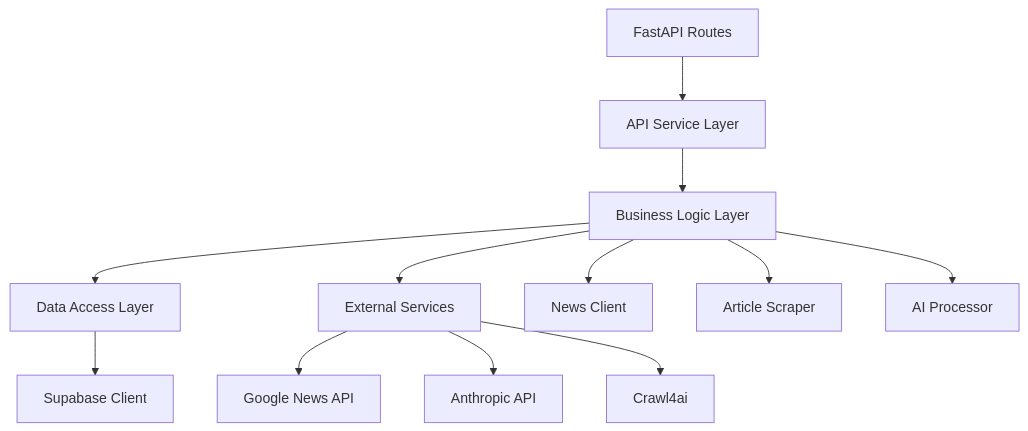
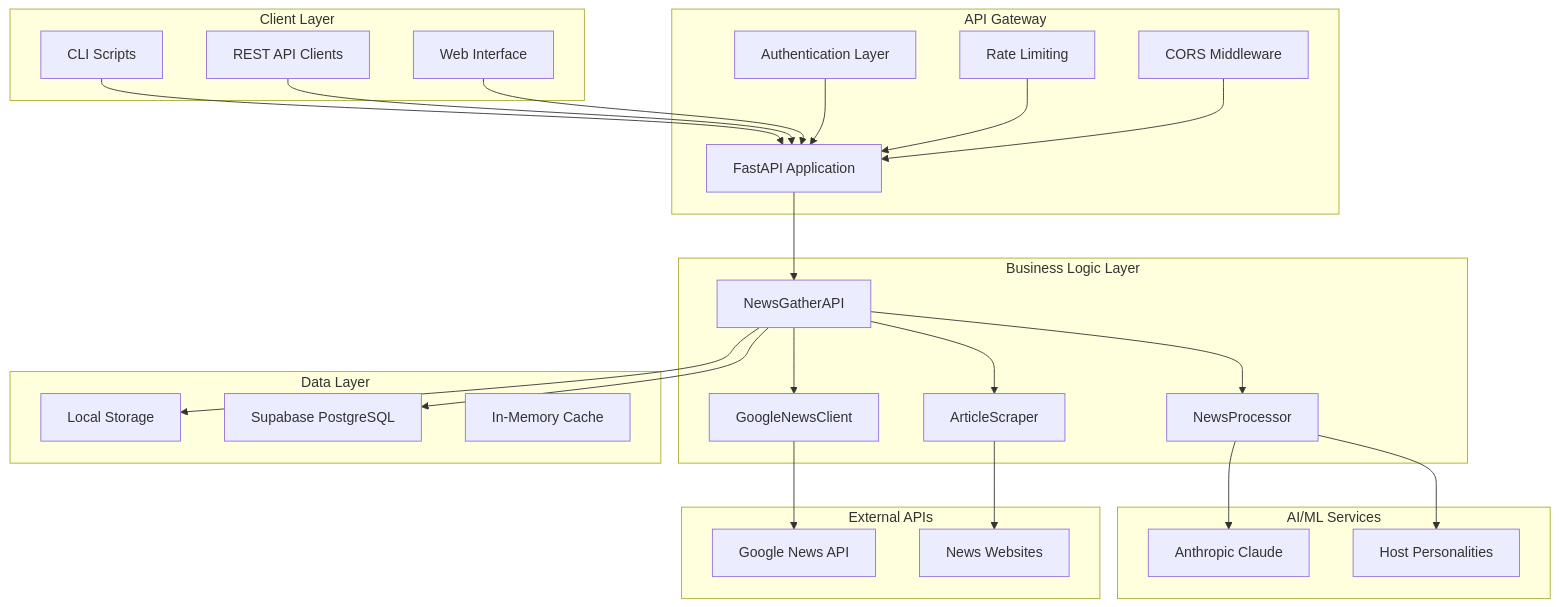
The first of 3 diagrams in _project/repo-review/reports/overview/analysis-report.md (TuckerTucker/tkr-news-gather), drawn with Mermaid before and after one commit. The commit also changed other lines of this file and 16 other files, not shown here.

````diff
--- a/_project/repo-review/reports/overview/analysis-report.md
+++ b/_project/repo-review/reports/overview/analysis-report.md
@@ -51,16 +33,60 @@
 ```mermaid
-graph TD
-    A[FastAPI Routes] --> B[API Service Layer]
-    B --> C[Business Logic Layer]
-    C --> D[Data Access Layer]
-    C --> E[External Services]
+graph TB
+    subgraph "Client Layer"
+        CLI[CLI Scripts]
+        API_CLIENT[REST API Clients]
+        WEB[Web Interface]
+    end
     
-    C --> F[News Client]
-    C --> G[Article Scraper]
-    C --> H[AI Processor]
+    subgraph "API Gateway"
+        FASTAPI[FastAPI Application]
+        CORS[CORS Middleware]
+        AUTH[Authentication Layer]
+        RATE[Rate Limiting]
+    end
     
-    D --> I[Supabase Client]
-    E --> J[Google News API]
-    E --> K[Anthropic API]
-    E --> L[Crawl4ai]
+    subgraph "Business Logic Layer"
+        NEWS_API[NewsGatherAPI]
+        NEWS_CLIENT[GoogleNewsClient]
+        SCRAPER[ArticleScraper]
+        PROCESSOR[NewsProcessor]
+    end
+    
+    subgraph "AI/ML Services"
+        ANTHROPIC[Anthropic Claude]
+        HOSTS[Host Personalities]
+    end
+    
+    subgraph "Data Layer"
+        LOCAL[Local Storage]
+        SUPABASE[Supabase PostgreSQL]
+        CACHE[In-Memory Cache]
+    end
+    
+    subgraph "External APIs"
+        GOOGLE_NEWS[Google News API]
+        WEB_SITES[News Websites]
+    end
+    
+    CLI --> FASTAPI
+    API_CLIENT --> FASTAPI
+    WEB --> FASTAPI
+    
+    FASTAPI --> NEWS_API
+    AUTH --> FASTAPI
+    RATE --> FASTAPI
+    CORS --> FASTAPI
+    
+    NEWS_API --> NEWS_CLIENT
+    NEWS_API --> SCRAPER
+    NEWS_API --> PROCESSOR
+    
+    NEWS_CLIENT --> GOOGLE_NEWS
+    SCRAPER --> WEB_SITES
+    PROCESSOR --> ANTHROPIC
+    
+    NEWS_API --> LOCAL
+    NEWS_API --> SUPABASE
+    
+    PROCESSOR --> HOSTS
 ```
````
